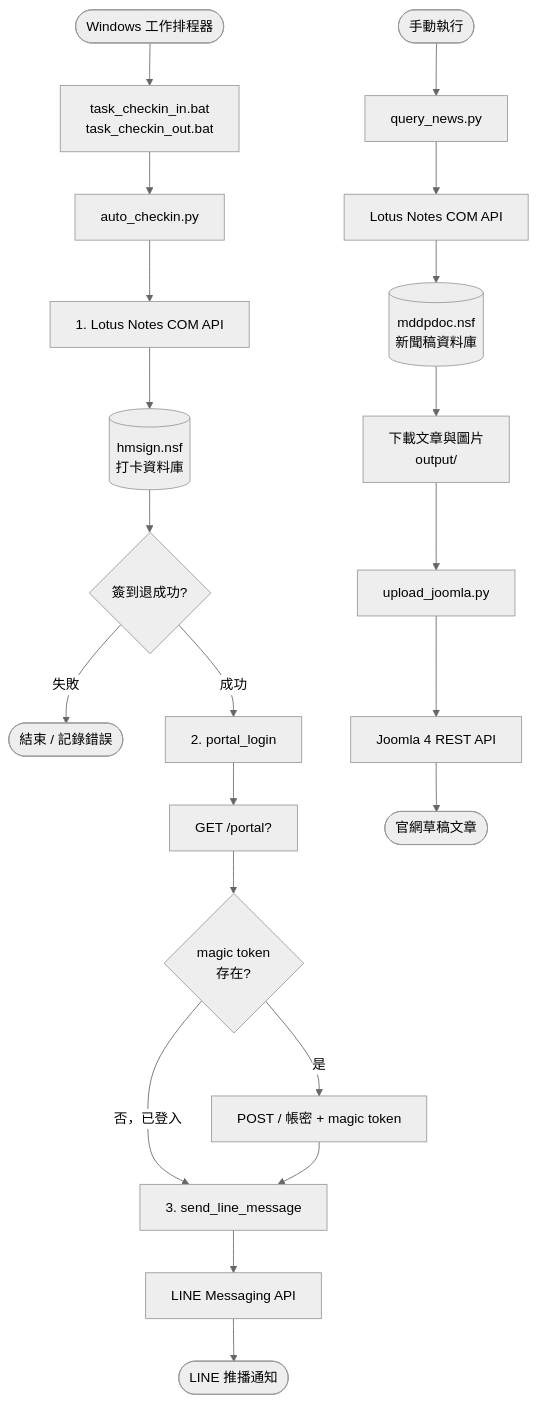
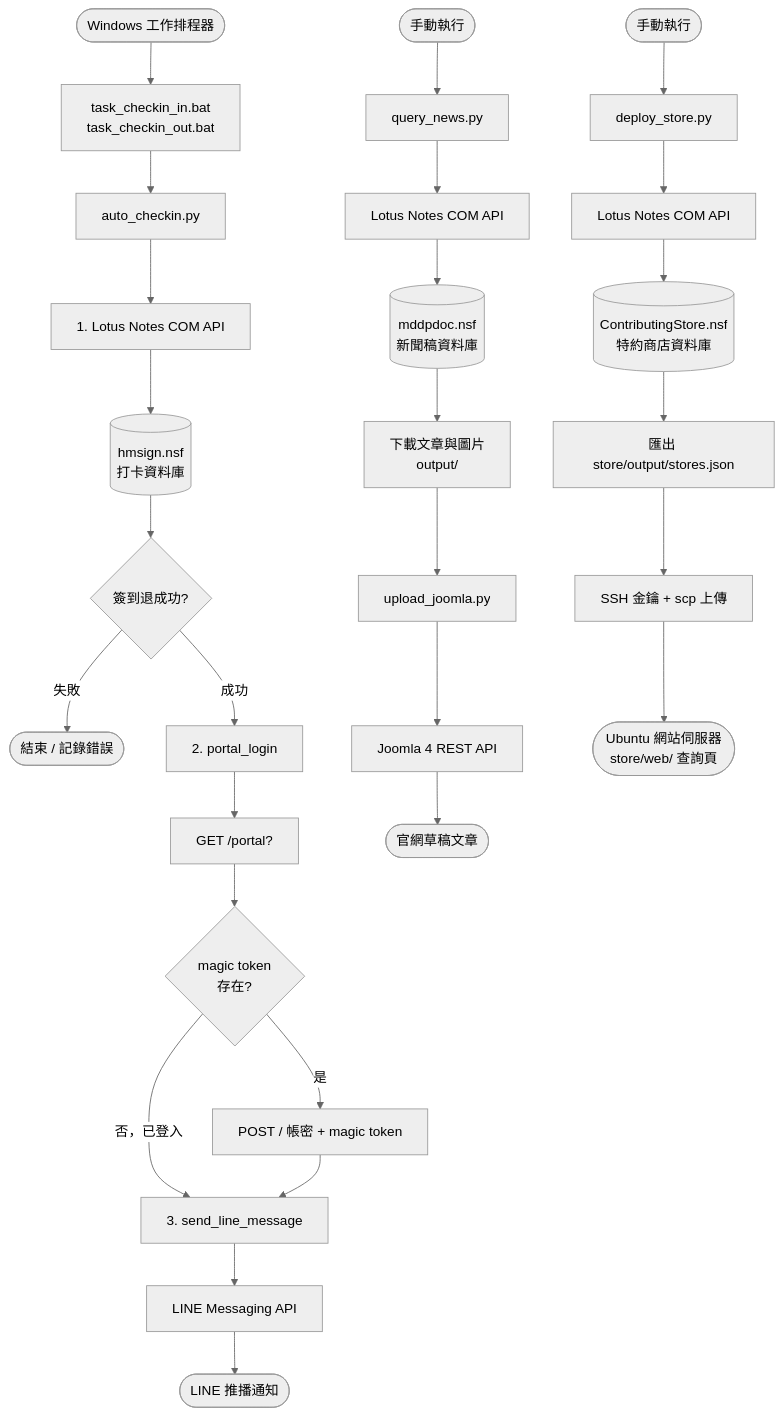
Before and after one commit to petertsengtw/lotusnotes-com-tools: the diagram in README.md, drawn with Mermaid (neutral theme).

Commit message:
docs: 流程圖補上特約商店查詢頁部署流程

````diff
--- a/README.md
+++ b/README.md
@@ -10,30 +10,38 @@
 ```mermaid
 flowchart TD
     A([Windows 工作排程器]) --> B[task_checkin_in.bat\ntask_checkin_out.bat]
     B --> C[auto_checkin.py]
 
     C --> D[1. Lotus Notes COM API]
     D --> E[(hmsign.nsf\n打卡資料庫)]
     E --> F{簽到退成功?}
     F -- 失敗 --> ERR([結束 / 記錄錯誤])
     F -- 成功 --> G[2. portal_login]
 
     G --> H[GET /portal?]
     H --> I{magic token\n存在?}
     I -- 否，已登入 --> K
     I -- 是 --> J[POST / 帳密 + magic token]
     J --> K[3. send_line_message]
 
     K --> L[LINE Messaging API]
     L --> M([LINE 推播通知])
 
     %% 新聞稿流程
     N([手動執行]) --> O[query_news.py]
     O --> P[Lotus Notes COM API]
     P --> Q[(mddpdoc.nsf\n新聞稿資料庫)]
     Q --> R[下載文章與圖片\noutput/]
 
     R --> S[upload_joomla.py]
     S --> T[Joomla 4 REST API]
     T --> U([官網草稿文章])
+
+    %% 特約商店查詢頁流程
+    V([手動執行]) --> W[deploy_store.py]
+    W --> X[Lotus Notes COM API]
+    X --> Y[(ContributingStore.nsf\n特約商店資料庫)]
+    Y --> Z[匯出 store/output/stores.json]
+    Z --> AA[SSH 金鑰 + scp 上傳]
+    AA --> AB([Ubuntu 網站伺服器\nstore/web/ 查詢頁])
 ```
````
